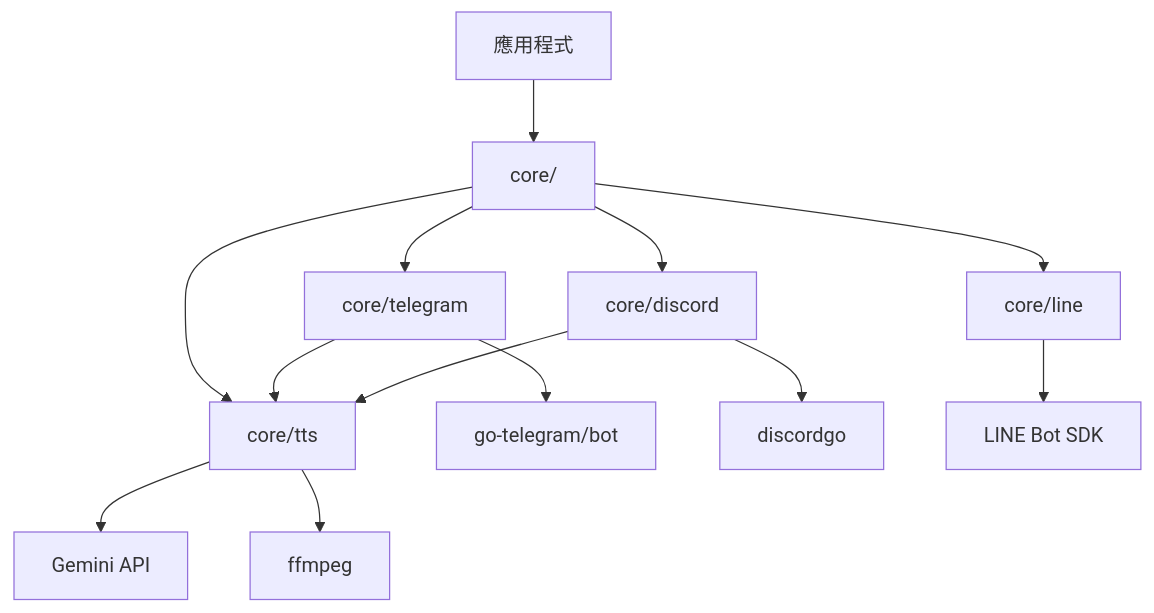
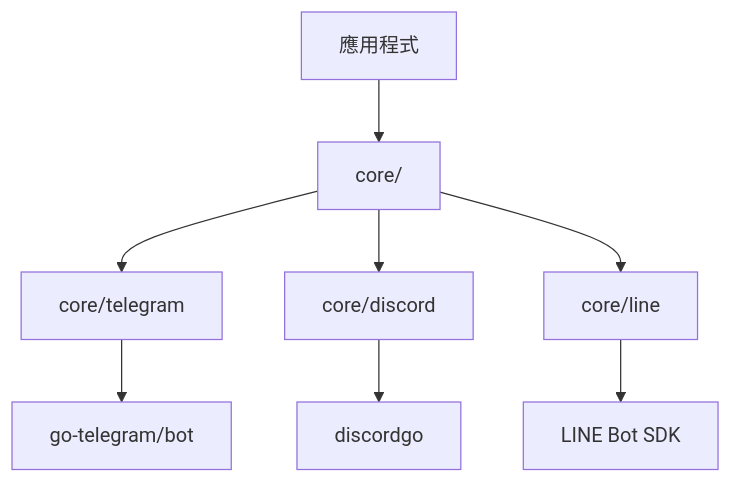
The first of 6 diagrams in doc/architecture.zh.md (pardnchiu/go-bot), drawn with Mermaid before and after one commit. The commit also changed other lines of this file and 5 other files, not shown here.

````diff
--- a/doc/architecture.zh.md
+++ b/doc/architecture.zh.md
@@ -9,15 +9,10 @@
 ```mermaid
 graph TB
     Client[應用程式] --> Core[core/]
     Core --> Telegram[core/telegram]
     Core --> Discord[core/discord]
     Core --> Line[core/line]
-    Core --> TTS[core/tts]
     Telegram --> TGSDK[go-telegram/bot]
     Discord --> DGSDK[discordgo]
     Line --> LNSDK[LINE Bot SDK]
-    Telegram --> TTS
-    Discord --> TTS
-    TTS --> Gemini[Gemini API]
-    TTS --> FFmpeg[ffmpeg]
 ```
````
